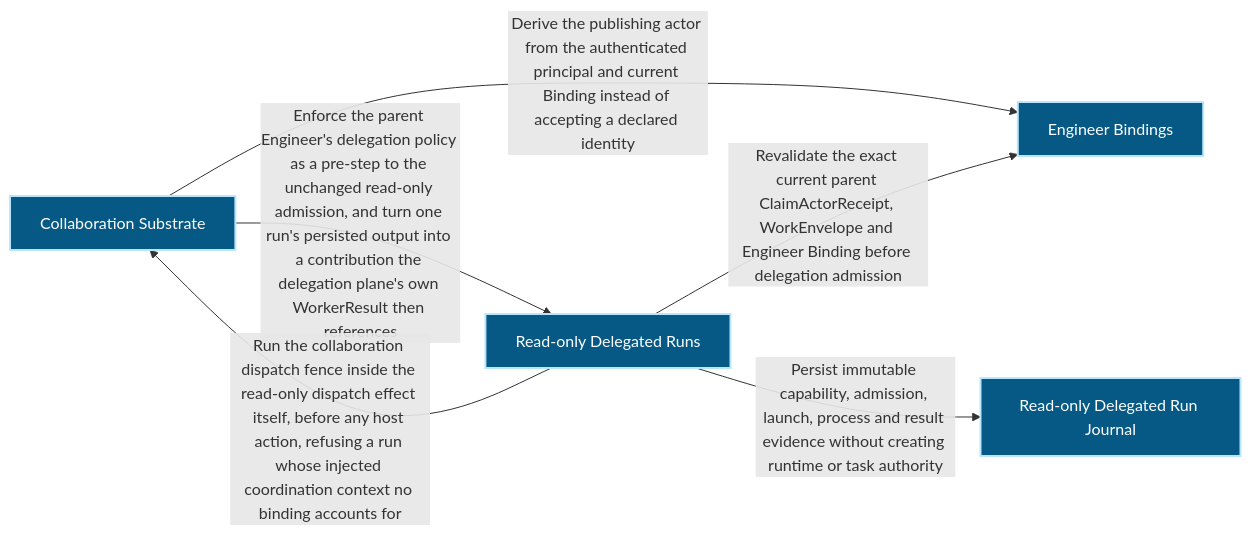
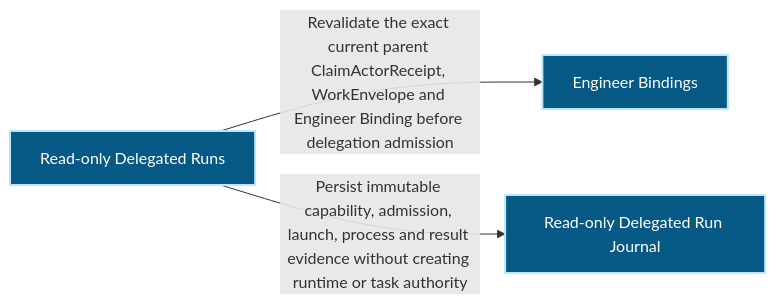
One commit to Ancienttwo/repo-harness changed the first of 2 diagrams in docs/architecture/modules/runtime-harness/delegated-runs.md. Above: the diagram before and after it, drawn with Mermaid. The commit also changed other lines of this file and 20 other files, not shown here.

````diff
--- a/docs/architecture/modules/runtime-harness/delegated-runs.md
+++ b/docs/architecture/modules/runtime-harness/delegated-runs.md
@@ -16,16 +16,12 @@
 ```mermaid
 flowchart LR
-  p1_capability_runtime_harness_collaboration_5265febf["Collaboration Substrate"]:::component
   p1_capability_runtime_harness_delegated_runs_e1654b07["Read-only Delegated Runs"]:::component
   p1_capability_runtime_harness_engineer_bindings_34c00f72["Engineer Bindings"]:::component
   p1_component_delegated_runs_primary_0e9104c9["Read-only Delegated Run Journal"]:::component
-  p1_capability_runtime_harness_collaboration_5265febf -->|"Enforce the parent Engineer's delegation policy as a pre-step to the unchanged read-only admission#44; and turn one run's persisted output into a contribution the delegation plane's own WorkerResult then references"| p1_capability_runtime_harness_delegated_runs_e1654b07
-  p1_capability_runtime_harness_collaboration_5265febf -->|"Derive the publishing actor from the authenticated principal and current Binding instead of accepting a declared identity"| p1_capability_runtime_harness_engineer_bindings_34c00f72
-  p1_capability_runtime_harness_delegated_runs_e1654b07 -->|"Run the collaboration dispatch fence inside the read-only dispatch effect itself#44; before any host action#44; refusing a run whose injected coordination context no binding accounts for"| p1_capability_runtime_harness_collaboration_5265febf
   p1_capability_runtime_harness_delegated_runs_e1654b07 -->|"Revalidate the exact current parent ClaimActorReceipt#44; WorkEnvelope and Engineer Binding before delegation admission"| p1_capability_runtime_harness_engineer_bindings_34c00f72
   p1_capability_runtime_harness_delegated_runs_e1654b07 -->|"Persist immutable capability#44; admission#44; launch#44; process and result evidence without creating runtime or task authority"| p1_component_delegated_runs_primary_0e9104c9
   classDef actor fill:#111827,color:#ffffff,stroke:#f9fafb,stroke-width:2px
   classDef component fill:#075985,color:#ffffff,stroke:#bae6fd,stroke-width:2px
   classDef datastore fill:#3f6212,color:#ffffff,stroke:#d9f99d,stroke-width:2px
   classDef external fill:#7c2d12,color:#ffffff,stroke:#fed7aa,stroke-width:2px
 ```
````
